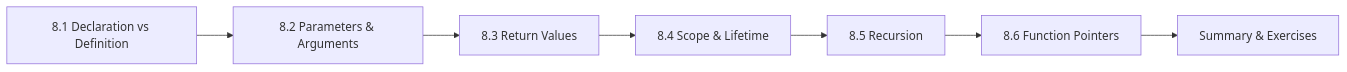
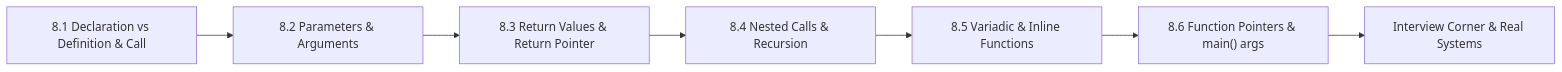
The diagram in docs/courses/c-programming/08-functions.md (Raushan666java/ai-engineering-journey), drawn with Mermaid before and after one commit. The commit also changed other lines of this file and 23 other files, not shown here.

````diff
--- a/docs/courses/c-programming/08-functions.md
+++ b/docs/courses/c-programming/08-functions.md
@@ -26,9 +33,9 @@
 ```mermaid
 flowchart LR
-    A["8.1 Declaration vs Definition"] --> B["8.2 Parameters & Arguments"]
-    B --> C["8.3 Return Values"]
-    C --> D["8.4 Scope & Lifetime"]
-    D --> E["8.5 Recursion"]
-    E --> F["8.6 Function Pointers"]
-    F --> G["Summary & Exercises"]
+    A["8.1 Declaration vs Definition & Call"] --> B["8.2 Parameters & Arguments"]
+    B --> C["8.3 Return Values & Return Pointer"]
+    C --> D["8.4 Nested Calls & Recursion"]
+    D --> E["8.5 Variadic & Inline Functions"]
+    E --> F["8.6 Function Pointers & main() args"]
+    F --> G["Interview Corner & Real Systems"]
 ```
````
